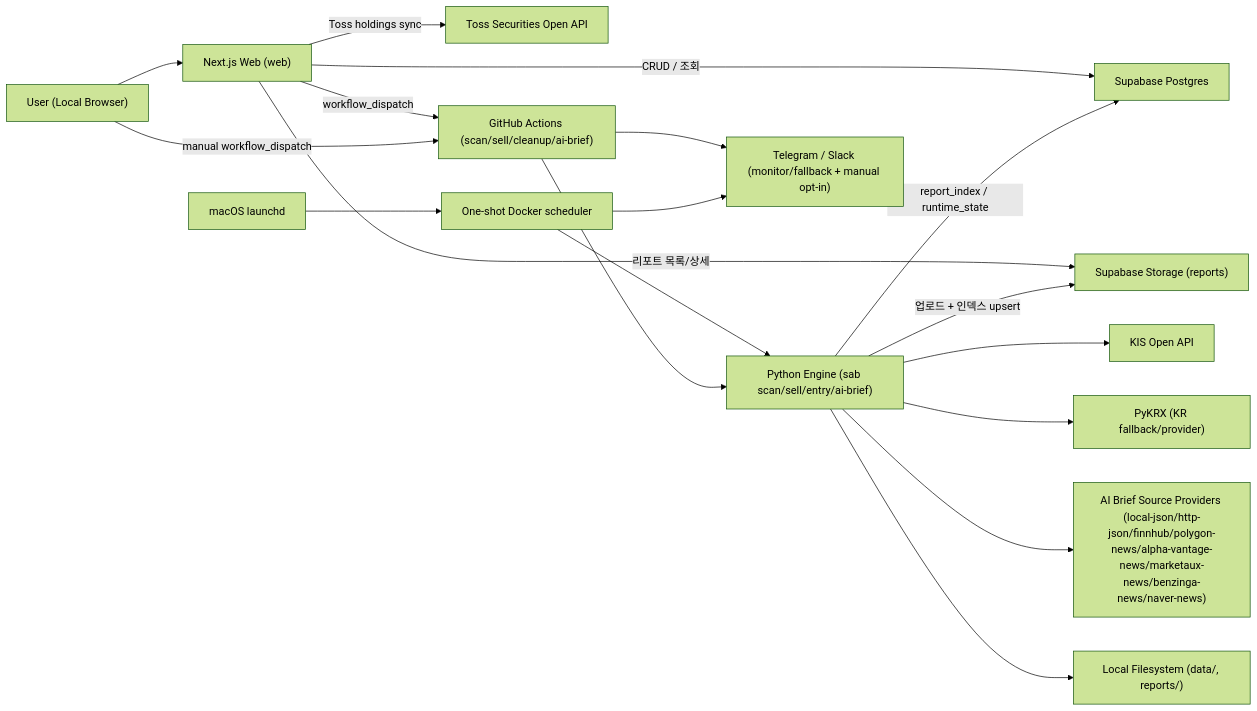
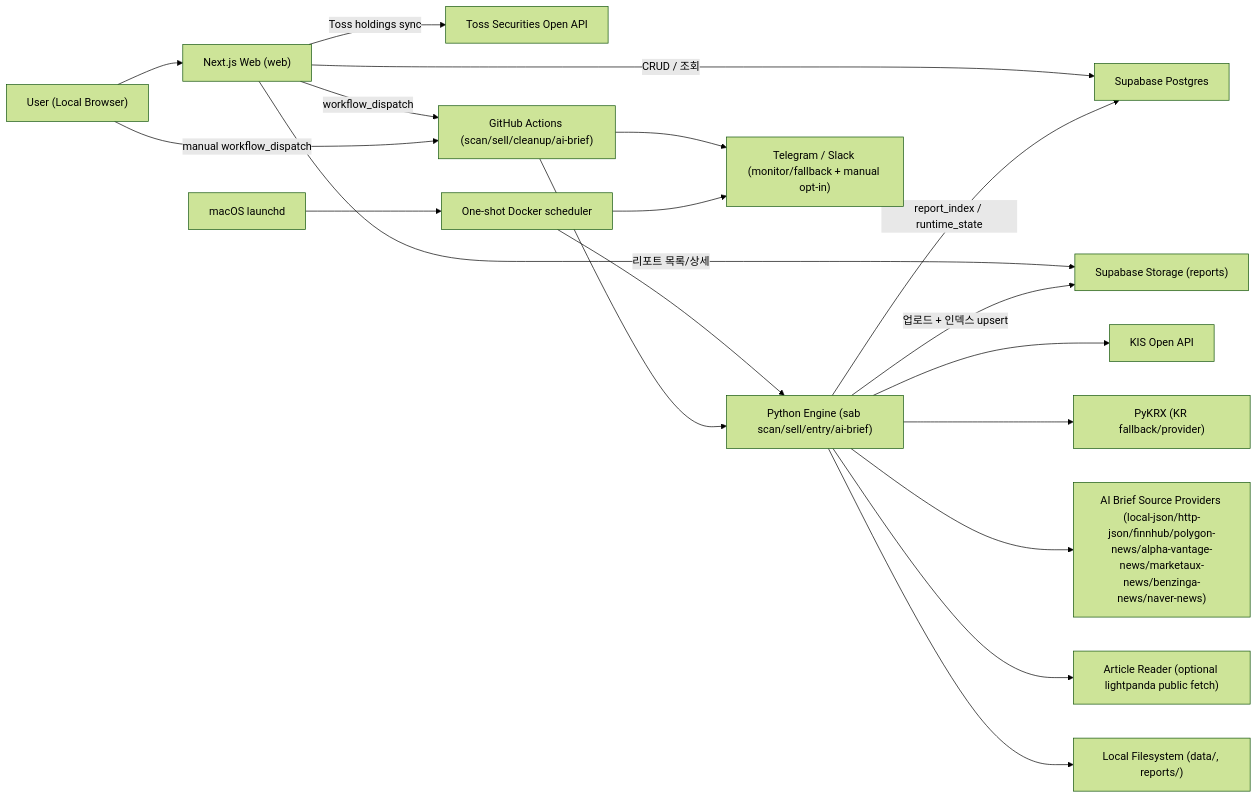
The diagram in docs/ARCHITECTURE.md (mochafreddo/swing-trading-report), drawn with Mermaid (forest theme) before and after one commit. The commit also changed other lines of this file and 8 other files, not shown here.

````diff
--- a/docs/ARCHITECTURE.md
+++ b/docs/ARCHITECTURE.md
@@ -43,22 +43,23 @@
 ```mermaid
 flowchart LR
   U["User (Local Browser)"] --> W["Next.js Web (web)"]
   W -->|CRUD / 조회| SDB["Supabase Postgres"]
   W -->|Toss holdings sync| TOSS["Toss Securities Open API"]
   W -->|리포트 목록/상세| SST["Supabase Storage (reports)"]
   W -->|workflow_dispatch| GHA["GitHub Actions (scan/sell/cleanup/ai-brief)"]
   U -->|manual workflow_dispatch| GHA
   LD["macOS launchd"] --> DK["One-shot Docker scheduler"]
   DK --> P
 
   GHA --> P["Python Engine (sab scan/sell/entry/ai-brief)"]
   P --> KIS["KIS Open API"]
   P --> PY["PyKRX (KR fallback/provider)"]
   P --> SRC["AI Brief Source Providers (local-json/http-json/finnhub/polygon-news/alpha-vantage-news/marketaux-news/benzinga-news/naver-news)"]
+  P --> AR["Article Reader (optional lightpanda public fetch)"]
   P --> LF["Local Filesystem (data/, reports/)"]
   P -->|업로드 + 인덱스 upsert| SST
   P -->|report_index / runtime_state| SDB
 
   GHA --> TG["Telegram / Slack (monitor/fallback + manual opt-in)"]
   DK --> TG
 ```
````
